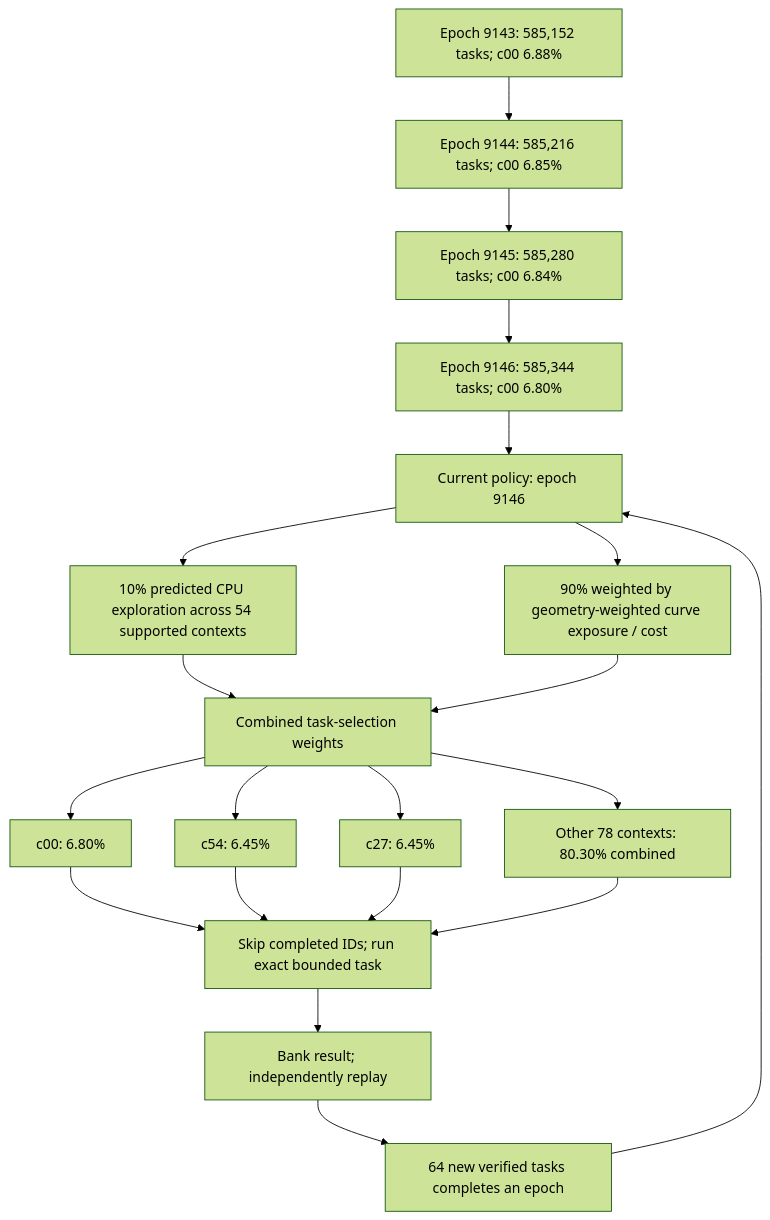
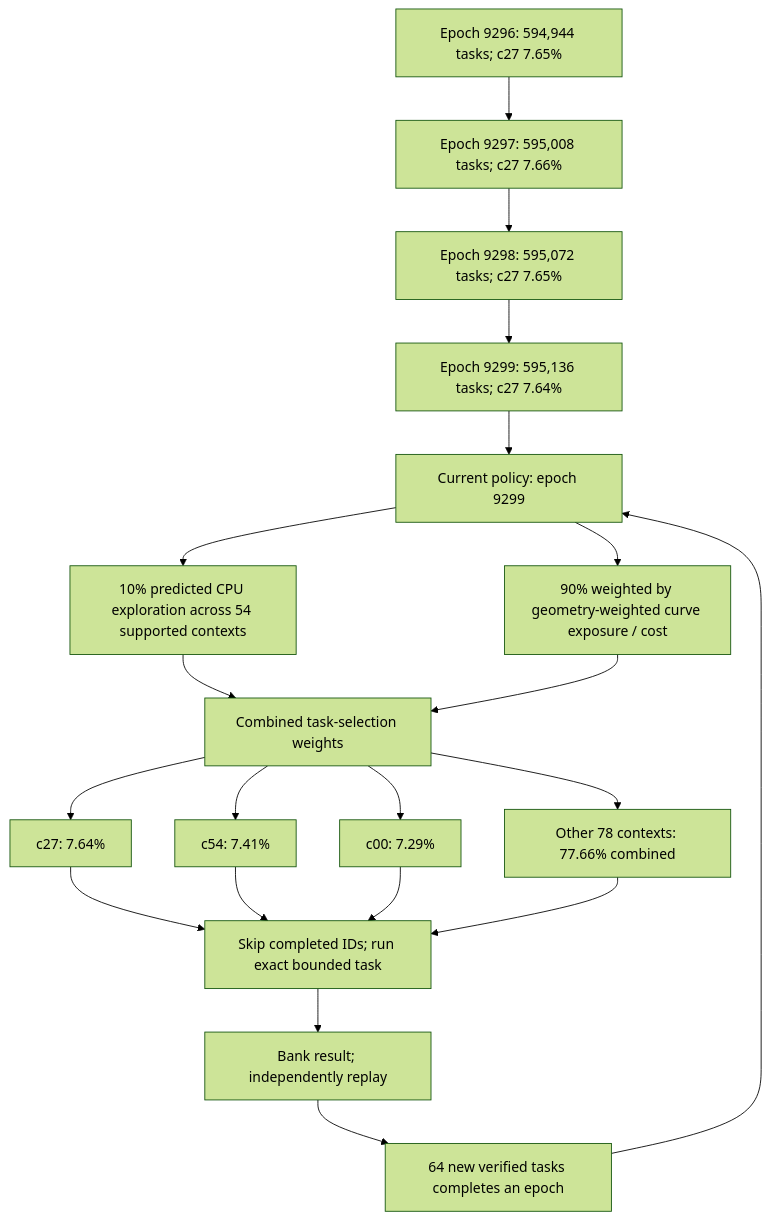
Before and after one commit to Kuberwastaken/math-gambling: the first of 4 diagrams in README.md, drawn with Mermaid (forest theme). The commit also changed other lines of this file and 86568 other files, not shown here.

````diff
--- a/README.md
+++ b/README.md
@@ -60,27 +60,27 @@
 ```mermaid
 flowchart TD
-    H0["Epoch 9143: 585,152 tasks; c00 6.88%"]
-    H1["Epoch 9144: 585,216 tasks; c00 6.85%"]
+    H0["Epoch 9296: 594,944 tasks; c27 7.65%"]
+    H1["Epoch 9297: 595,008 tasks; c27 7.66%"]
     H0 --> H1
-    H2["Epoch 9145: 585,280 tasks; c00 6.84%"]
+    H2["Epoch 9298: 595,072 tasks; c27 7.65%"]
     H1 --> H2
-    H3["Epoch 9146: 585,344 tasks; c00 6.80%"]
+    H3["Epoch 9299: 595,136 tasks; c27 7.64%"]
     H2 --> H3
-    Policy["Current policy: epoch 9146"]
+    Policy["Current policy: epoch 9299"]
     H3 --> Policy
     Policy --> Explore["10% predicted CPU exploration across 54 supported contexts"]
     Policy --> Cost["90% weighted by geometry-weighted curve exposure / cost"]
     Explore --> Mix["Combined task-selection weights"]
     Cost --> Mix
-    Mix --> C0["c00: 6.80%"]
-    Mix --> C1["c54: 6.45%"]
-    Mix --> C2["c27: 6.45%"]
-    Mix --> Rest["Other 78 contexts: 80.30% combined"]
+    Mix --> C0["c27: 7.64%"]
+    Mix --> C1["c54: 7.41%"]
+    Mix --> C2["c00: 7.29%"]
+    Mix --> Rest["Other 78 contexts: 77.66% combined"]
     C0 --> Check["Skip completed IDs; run exact bounded task"]
     C1 --> Check
     C2 --> Check
     Rest --> Check
     Check --> Replay["Bank result; independently replay"]
     Replay --> Gate["64 new verified tasks completes an epoch"]
     Gate --> Policy
 ```
````
